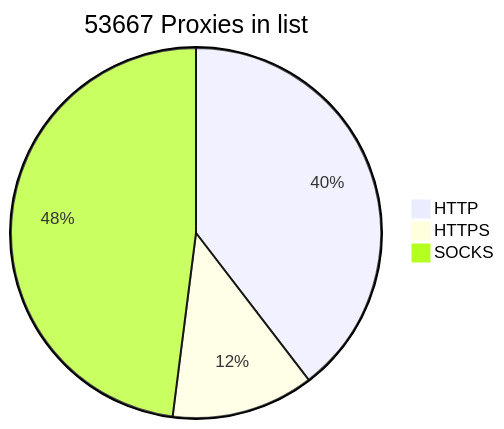
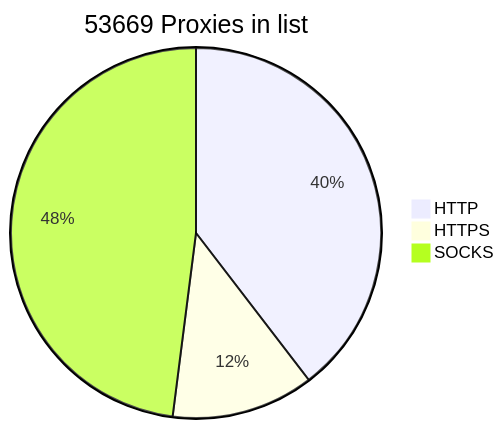
Before and after one commit to BlackSnowDot/proxylist-update-every-minute: the diagram in README.md, drawn with Mermaid.

````diff
--- a/README.md
+++ b/README.md
@@ -2,6 +2,6 @@
 ```mermaid
-pie title 53667 Proxies in list
-    "HTTP" : 23741
+pie title 53669 Proxies in list
+    "HTTP" : 23742
     "HTTPS": 7460
-    "SOCKS" : 28780
+    "SOCKS" : 28781
 ```
````
